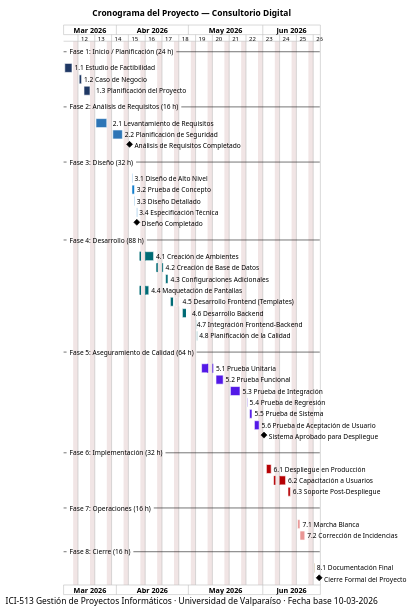
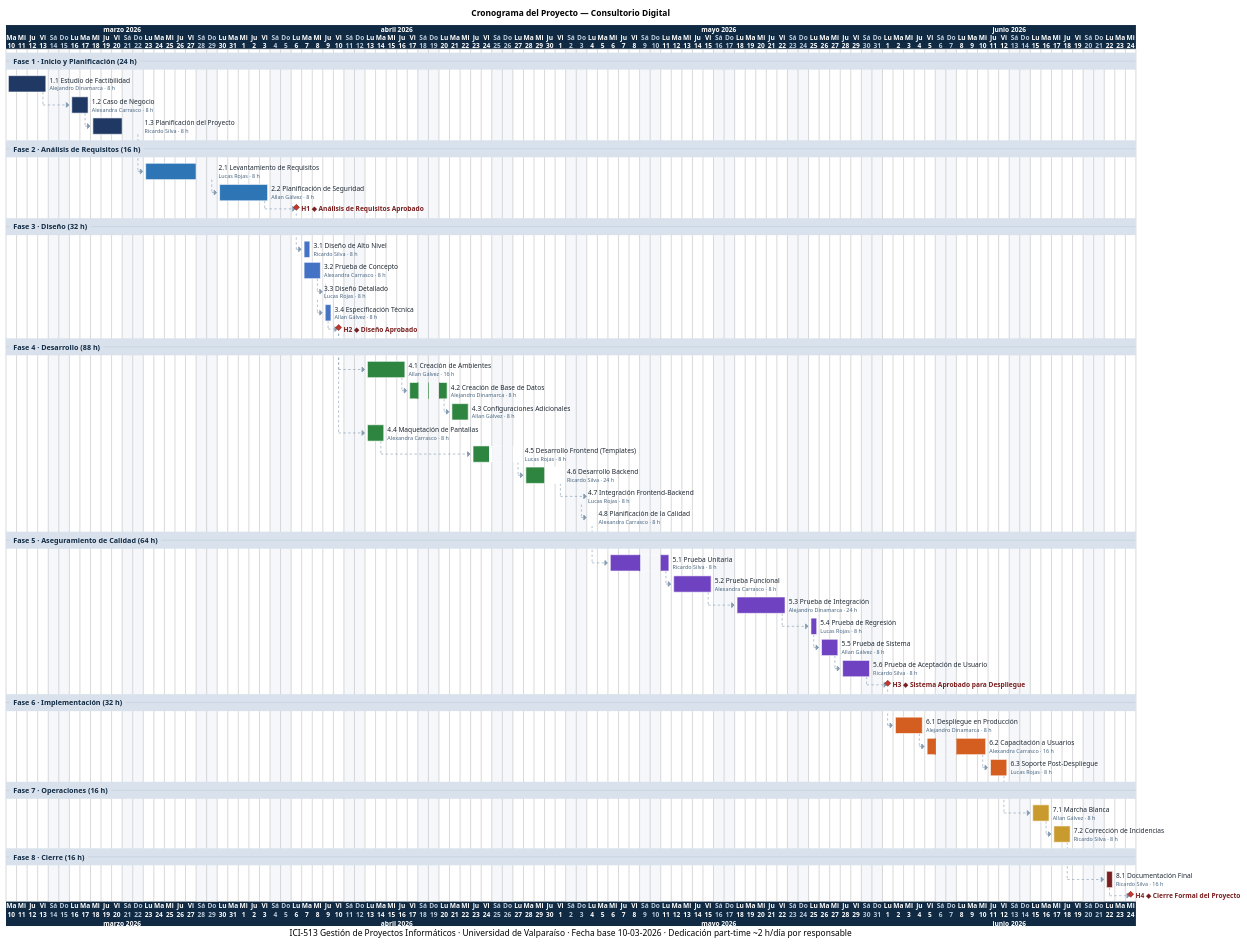
One commit to Consultorio-Digital/consultorio_digital changed the diagram in docs/entrega_2/gantt_entrega_2.puml. Above: the diagram before and after it, drawn with PlantUML. The commit also changed 2 other files, not shown here.

Commit message:
docs(gantt): redesign entrega 2 gantt with daily scale and styled palette
Switch to printscale daily for readable bars on 1-3 day tasks, add a
<style> block for cohesive typography and colors, surface responsibles
and hours in each task label, draw EDT dependency arrows, and ship SVG
plus high-DPI PNG renders alongside the PlantUML source.

```diff
--- a/docs/entrega_2/gantt_entrega_2.puml
+++ b/docs/entrega_2/gantt_entrega_2.puml
@@ -1,117 +1,250 @@
 @startgantt
 
+<style>
+ganttDiagram {
+    task {
+        FontName Helvetica
+        FontSize 11
+        FontColor #1F2933
+        LineColor #1F2933
+        LineThickness 1
+        Margin 4
+    }
+    milestone {
+        FontName Helvetica
+        FontSize 11
+        FontStyle bold
+        FontColor #7A1F1F
+        BackGroundColor #C0392B
+        LineColor #7A1F1F
+    }
+    separator {
+        FontName Helvetica
+        FontSize 12
+        FontStyle bold
+        FontColor #102A43
+        BackGroundColor #D9E2EC
+        LineColor #BCCCDC
+        Padding 6
+        Margin 6
+    }
+    arrow {
+        FontName Helvetica
+        FontSize 10
+        FontColor #486581
+        LineColor #829AB1
+        LineStyle 4
+        LineThickness 1
+    }
+    timeline {
+        BackGroundColor #102A43
+        FontName Helvetica
+        FontColor White
+        FontSize 11
+        FontStyle bold
+    }
+    closed {
+        BackGroundColor #F5F7FA
+        FontColor #BCCCDC
+    }
+    today {
+        LineColor #C0392B
+        LineThickness 2
+        LineStyle 4
+    }
+    note {
+        FontName Helvetica
+        FontSize 10
+    }
+}
+</style>
+
 title Cronograma del Proyecto — Consultorio Digital
-caption ICI-513 Gestión de Proyectos Informáticos · Universidad de Valparaíso · Fecha base 10-03-2026
+caption ICI-513 Gestión de Proyectos Informáticos · Universidad de Valparaíso · Fecha base 10-03-2026 · Dedicación part-time ~2 h/día por responsable
 
 language es
-printscale weekly
+printscale daily
 
 project starts 2026-03-10
+today is 2026-05-05
 
-' Calendario laboral (lunes-viernes)
+' Calendario laboral (lunes a viernes)
 saturday are closed
 sunday are closed
 
--- Fase 1: Inicio / Planificación (24 h) --
 
-[1.1 Estudio de Factibilidad] starts 2026-03-10 and ends 2026-03-13
-[1.1 Estudio de Factibilidad] is 100% complete
-[1.1 Estudio de Factibilidad] is colored in #1F3864/White
-[1.2 Caso de Negocio] starts 2026-03-14 and ends 2026-03-17
-[1.2 Caso de Negocio] is 100% complete
-[1.2 Caso de Negocio] is colored in #1F3864/White
-[1.3 Planificación del Proyecto] starts 2026-03-18 and ends 2026-03-22
-[1.3 Planificación del Proyecto] is 100% complete
-[1.3 Planificación del Proyecto] is colored in #1F3864/White
+-- Fase 1 · Inicio y Planificación (24 h) --
 
--- Fase 2: Análisis de Requisitos (16 h) --
+[1.1 Estudio de Factibilidad\n<size:9><color:#486581>Alejandro Dinamarca · 8 h</color></size>] as [T1_1] starts 2026-03-10 and ends 2026-03-13
+[T1_1] is 100% complete
+[T1_1] is colored in #1F3864/White
 
-[2.1 Levantamiento de Requisitos] starts 2026-03-23 and ends 2026-03-29
-[2.1 Levantamiento de Requisitos] is 100% complete
-[2.1 Levantamiento de Requisitos] is colored in #2E75B6/White
-[2.2 Planificación de Seguridad] starts 2026-03-30 and ends 2026-04-03
-[2.2 Planificación de Seguridad] is 100% complete
-[2.2 Planificación de Seguridad] is colored in #2E75B6/White
-[Análisis de Requisitos Completado] happens 2026-04-06
+[1.2 Caso de Negocio\n<size:9><color:#486581>Alexandra Carrasco · 8 h</color></size>] as [T1_2] starts 2026-03-14 and ends 2026-03-17
+[T1_2] is 100% complete
+[T1_2] is colored in #1F3864/White
 
--- Fase 3: Diseño (32 h) --
+[1.3 Planificación del Proyecto\n<size:9><color:#486581>Ricardo Silva · 8 h</color></size>] as [T1_3] starts 2026-03-18 and ends 2026-03-22
+[T1_3] is 100% complete
+[T1_3] is colored in #1F3864/White
 
-[3.1 Diseño de Alto Nivel] starts 2026-04-07 and ends 2026-04-07
-[3.1 Diseño de Alto Nivel] is 100% complete
-[3.1 Diseño de Alto Nivel] is colored in #0075CA/White
-[3.2 Prueba de Concepto] starts 2026-04-07 and ends 2026-04-08
-[3.2 Prueba de Concepto] is 100% complete
-[3.2 Prueba de Concepto] is colored in #0075CA/White
-[3.3 Diseño Detallado] starts 2026-04-08 and ends 2026-04-08
-[3.3 Diseño Detallado] is 100% complete
-[3.3 Diseño Detallado] is colored in #0075CA/White
-[3.4 Especificación Técnica] starts 2026-04-09 and ends 2026-04-09
-[3.4 Especificación Técnica] is 100% complete
-[3.4 Especificación Técnica] is colored in #0075CA/White
-[Diseño Completado] happens 2026-04-09
+[T1_1] -> [T1_2]
+[T1_2] -> [T1_3]
 
--- Fase 4: Desarrollo (88 h) --
 
-[4.1 Creación de Ambientes] starts 2026-04-10 and ends 2026-04-16
-[4.1 Creación de Ambientes] is 100% complete
-[4.1 Creación de Ambientes] is colored in #006B75/White
-[4.2 Creación de Base de Datos] starts 2026-04-17 and ends 2026-04-20
-[4.2 Creación de Base de Datos] is 100% complete
-[4.2 Creación de Base de Datos] is colored in #006B75/White
-[4.3 Configuraciones Adicionales] starts 2026-04-21 and ends 2026-04-22
-[4.3 Configuraciones Adicionales] is 100% complete
-[4.3 Configuraciones Adicionales] is colored in #006B75/White
-[4.4 Maquetación de Pantallas] starts 2026-04-10 and ends 2026-04-14
-[4.4 Maquetación de Pantallas] is 100% complete
-[4.4 Maquetación de Pantallas] is colored in #006B75/White
-[4.5 Desarrollo Frontend (Templates)] starts 2026-04-23 and ends 2026-04-27
-[4.5 Desarrollo Frontend (Templates)] is 60% complete
-[4.5 Desarrollo Frontend (Templates)] is colored in #006B75/White
-[4.6 Desarrollo Backend] starts 2026-04-28 and ends 2026-05-01
-[4.6 Desarrollo Backend] is 50% complete
-[4.6 Desarrollo Backend] is colored in #006B75/White
-[4.7 Integración Frontend-Backend] starts 2026-05-02 and ends 2026-05-03
-[4.7 Integración Frontend-Backend] is 50% complete
-[4.7 Integración Frontend-Backend] is colored in #006B75/White
-[4.8 Planificación de la Calidad] starts 2026-05-03 and ends 2026-05-04
-[4.8 Planificación de la Calidad] is colored in #006B75/White
+-- Fase 2 · Análisis de Requisitos (16 h) --
 
--- Fase 5: Aseguramiento de Calidad (64 h) --
+[2.1 Levantamiento de Requisitos\n<size:9><color:#486581>Lucas Rojas · 8 h</color></size>] as [T2_1] starts 2026-03-23 and ends 2026-03-29
+[T2_1] is 100% complete
+[T2_1] is colored in #2E75B6/White
 
-[5.1 Prueba Unitaria] starts 2026-05-06 and ends 2026-05-11
-[5.1 Prueba Unitaria] is colored in #5319E7/White
-[5.2 Prueba Funcional] starts 2026-05-12 and ends 2026-05-15
-[5.2 Prueba Funcional] is colored in #5319E7/White
-[5.3 Prueba de Integración] starts 2026-05-16 and ends 2026-05-22
-[5.3 Prueba de Integración] is colored in #5319E7/White
-[5.4 Prueba de Regresión] starts 2026-05-23 and ends 2026-05-25
-[5.4 Prueba de Regresión] is colored in #5319E7/White
-[5.5 Prueba de Sistema] starts 2026-05-26 and ends 2026-05-27
-[5.5 Prueba de Sistema] is colored in #5319E7/White
-[5.6 Prueba de Aceptación de Usuario] starts 2026-05-28 and ends 2026-05-30
-[5.6 Prueba de Aceptación de Usuario] is colored in #5319E7/White
-[Sistema Aprobado para Despliegue] happens 2026-06-01
+[2.2 Planificación de Seguridad\n<size:9><color:#486581>Allan Gálvez · 8 h</color></size>] as [T2_2] starts 2026-03-30 and ends 2026-04-03
+[T2_2] is 100% complete
+[T2_2] is colored in #2E75B6/White
 
--- Fase 6: Implementación (32 h) --
+[H1 ◆ Análisis de Requisitos Aprobado] as [M_REQ] happens 2026-04-06
 
-[6.1 Despliegue en Producción] starts 2026-06-02 and ends 2026-06-04
-[6.1 Despliegue en Producción] is colored in #B60205/White
-[6.2 Capacitación a Usuarios] starts 2026-06-05 and ends 2026-06-10
-[6.2 Capacitación a Usuarios] is colored in #B60205/White
-[6.3 Soporte Post-Despliegue] starts 2026-06-11 and ends 2026-06-12
-[6.3 Soporte Post-Despliegue] is colored in #B60205/White
+[T1_3] -> [T2_1]
+[T2_1] -> [T2_2]
+[T2_2] -> [M_REQ]
 
--- Fase 7: Operaciones (16 h) --
 
-[7.1 Marcha Blanca] starts 2026-06-13 and ends 2026-06-16
-[7.1 Marcha Blanca] is colored in #E99695/White
-[7.2 Corrección de Incidencias] starts 2026-06-16 and ends 2026-06-18
-[7.2 Corrección de Incidencias] is colored in #E99695/White
+-- Fase 3 · Diseño (32 h) --
 
--- Fase 8: Cierre (16 h) --
+[3.1 Diseño de Alto Nivel\n<size:9><color:#486581>Ricardo Silva · 8 h</color></size>] as [T3_1] starts 2026-04-07 and ends 2026-04-07
+[T3_1] is 100% complete
+[T3_1] is colored in #4472C4/White
 
-[8.1 Documentación Final] starts 2026-06-20 and ends 2026-06-22
-[8.1 Documentación Final] is colored in #7F5000/White
-[Cierre Formal del Proyecto] happens 2026-06-24
+[3.2 Prueba de Concepto\n<size:9><color:#486581>Alexandra Carrasco · 8 h</color></size>] as [T3_2] starts 2026-04-07 and ends 2026-04-08
+[T3_2] is 100% complete
+[T3_2] is colored in #4472C4/White
+
+[3.3 Diseño Detallado\n<size:9><color:#486581>Lucas Rojas · 8 h</color></size>] as [T3_3] starts 2026-04-08 and ends 2026-04-08
+[T3_3] is 100% complete
+[T3_3] is colored in #4472C4/White
+
+[3.4 Especificación Técnica\n<size:9><color:#486581>Allan Gálvez · 8 h</color></size>] as [T3_4] starts 2026-04-09 and ends 2026-04-09
+[T3_4] is 100% complete
+[T3_4] is colored in #4472C4/White
+
+[H2 ◆ Diseño Aprobado] as [M_DIS] happens 2026-04-09
+
+[M_REQ] -> [T3_1]
+[T3_2] -> [T3_3]
+[T3_3] -> [T3_4]
+[T3_4] -> [M_DIS]
+
+
+-- Fase 4 · Desarrollo (88 h) --
+
+[4.1 Creación de Ambientes\n<size:9><color:#486581>Allan Gálvez · 16 h</color></size>] as [T4_1] starts 2026-04-10 and ends 2026-04-16
+[T4_1] is 100% complete
+[T4_1] is colored in #2E8540/White
+
+[4.2 Creación de Base de Datos\n<size:9><color:#486581>Alejandro Dinamarca · 8 h</color></size>] as [T4_2] starts 2026-04-17 and ends 2026-04-20
+[T4_2] is 100% complete
+[T4_2] is colored in #2E8540/White
+
+[4.3 Configuraciones Adicionales\n<size:9><color:#486581>Allan Gálvez · 8 h</color></size>] as [T4_3] starts 2026-04-21 and ends 2026-04-22
+[T4_3] is 100% complete
+[T4_3] is colored in #2E8540/White
+
+[4.4 Maquetación de Pantallas\n<size:9><color:#486581>Alexandra Carrasco · 8 h</color></size>] as [T4_4] starts 2026-04-10 and ends 2026-04-14
+[T4_4] is 100% complete
+[T4_4] is colored in #2E8540/White
+
+[4.5 Desarrollo Frontend (Templates)\n<size:9><color:#486581>Lucas Rojas · 8 h</color></size>] as [T4_5] starts 2026-04-23 and ends 2026-04-27
+[T4_5] is 60% complete
+[T4_5] is colored in #2E8540/White
+
+[4.6 Desarrollo Backend\n<size:9><color:#486581>Ricardo Silva · 24 h</color></size>] as [T4_6] starts 2026-04-28 and ends 2026-05-01
+[T4_6] is 50% complete
+[T4_6] is colored in #2E8540/White
+
+[4.7 Integración Frontend-Backend\n<size:9><color:#486581>Lucas Rojas · 8 h</color></size>] as [T4_7] starts 2026-05-02 and ends 2026-05-03
+[T4_7] is 50% complete
+[T4_7] is colored in #2E8540/White
+
+[4.8 Planificación de la Calidad\n<size:9><color:#486581>Alexandra Carrasco · 8 h</color></size>] as [T4_8] starts 2026-05-03 and ends 2026-05-04
+[T4_8] is 0% complete
+[T4_8] is colored in #2E8540/White
+
+[M_DIS] -> [T4_1]
+[M_DIS] -> [T4_4]
+[T4_1] -> [T4_2]
+[T4_2] -> [T4_3]
+[T4_4] -> [T4_5]
+[T4_5] -> [T4_6]
+[T4_6] -> [T4_7]
+[T4_7] -> [T4_8]
+
+
+-- Fase 5 · Aseguramiento de Calidad (64 h) --
+
+[5.1 Prueba Unitaria\n<size:9><color:#486581>Ricardo Silva · 8 h</color></size>] as [T5_1] starts 2026-05-06 and ends 2026-05-11
+[T5_1] is colored in #6F42C1/White
+
+[5.2 Prueba Funcional\n<size:9><color:#486581>Alexandra Carrasco · 8 h</color></size>] as [T5_2] starts 2026-05-12 and ends 2026-05-15
+[T5_2] is colored in #6F42C1/White
+
+[5.3 Prueba de Integración\n<size:9><color:#486581>Alejandro Dinamarca · 24 h</color></size>] as [T5_3] starts 2026-05-16 and ends 2026-05-22
+[T5_3] is colored in #6F42C1/White
+
+[5.4 Prueba de Regresión\n<size:9><color:#486581>Lucas Rojas · 8 h</color></size>] as [T5_4] starts 2026-05-23 and ends 2026-05-25
+[T5_4] is colored in #6F42C1/White
+
+[5.5 Prueba de Sistema\n<size:9><color:#486581>Allan Gálvez · 8 h</color></size>] as [T5_5] starts 2026-05-26 and ends 2026-05-27
+[T5_5] is colored in #6F42C1/White
+
+[5.6 Prueba de Aceptación de Usuario\n<size:9><color:#486581>Ricardo Silva · 8 h</color></size>] as [T5_6] starts 2026-05-28 and ends 2026-05-30
+[T5_6] is colored in #6F42C1/White
+
+[H3 ◆ Sistema Aprobado para Despliegue] as [M_QA] happens 2026-06-01
+
+[T4_8] -> [T5_1]
+[T5_1] -> [T5_2]
+[T5_2] -> [T5_3]
+[T5_3] -> [T5_4]
+[T5_4] -> [T5_5]
+[T5_5] -> [T5_6]
+[T5_6] -> [M_QA]
+
+
+-- Fase 6 · Implementación (32 h) --
+
+[6.1 Despliegue en Producción\n<size:9><color:#486581>Alejandro Dinamarca · 8 h</color></size>] as [T6_1] starts 2026-06-02 and ends 2026-06-04
+[T6_1] is colored in #D45E1F/White
+
+[6.2 Capacitación a Usuarios\n<size:9><color:#486581>Alexandra Carrasco · 16 h</color></size>] as [T6_2] starts 2026-06-05 and ends 2026-06-10
+[T6_2] is colored in #D45E1F/White
+
+[6.3 Soporte Post-Despliegue\n<size:9><color:#486581>Lucas Rojas · 8 h</color></size>] as [T6_3] starts 2026-06-11 and ends 2026-06-12
+[T6_3] is colored in #D45E1F/White
+
+[M_QA] -> [T6_1]
+[T6_1] -> [T6_2]
+[T6_2] -> [T6_3]
+
+
+-- Fase 7 · Operaciones (16 h) --
+
+[7.1 Marcha Blanca\n<size:9><color:#486581>Allan Gálvez · 8 h</color></size>] as [T7_1] starts 2026-06-13 and ends 2026-06-16
+[T7_1] is colored in #C99A2E/White
+
+[7.2 Corrección de Incidencias\n<size:9><color:#486581>Ricardo Silva · 8 h</color></size>] as [T7_2] starts 2026-06-16 and ends 2026-06-18
+[T7_2] is colored in #C99A2E/White
+
+[T6_3] -> [T7_1]
+[T7_1] -> [T7_2]
+
+
+-- Fase 8 · Cierre (16 h) --
+
+[8.1 Documentación Final\n<size:9><color:#486581>Ricardo Silva · 16 h</color></size>] as [T8_1] starts 2026-06-20 and ends 2026-06-22
+[T8_1] is colored in #7A1F1F/White
+
+[H4 ◆ Cierre Formal del Proyecto] as [M_CLOSE] happens 2026-06-24
+
+[T7_2] -> [T8_1]
+[T8_1] -> [M_CLOSE]
 
 @endgantt
```
